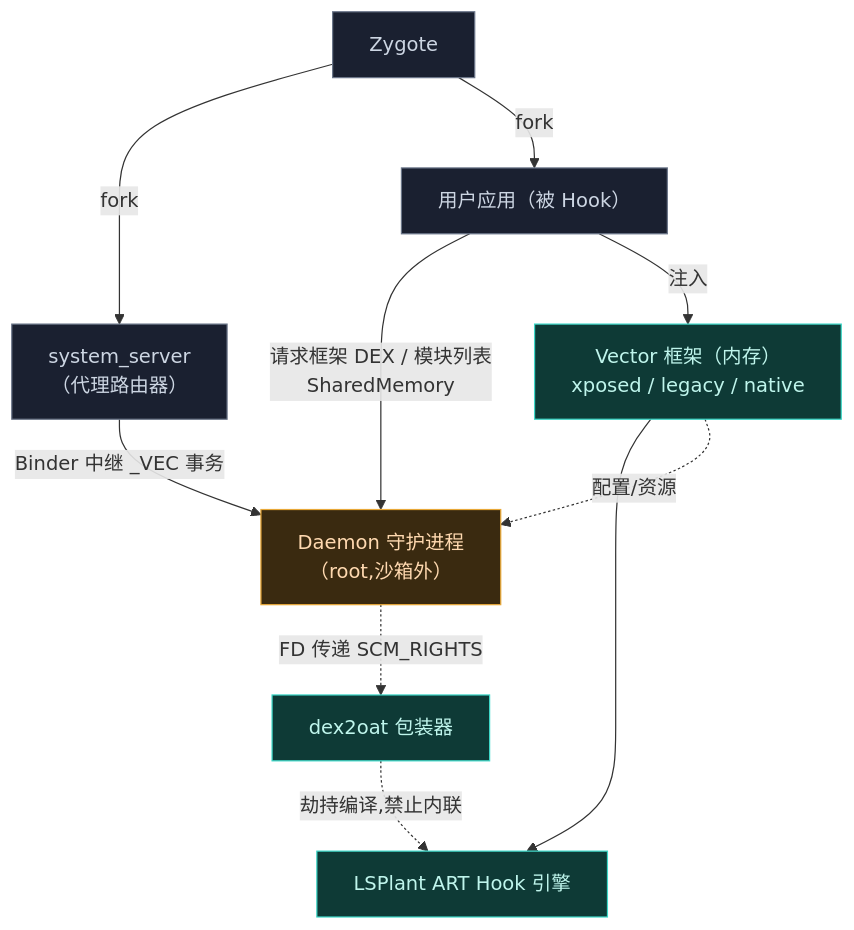
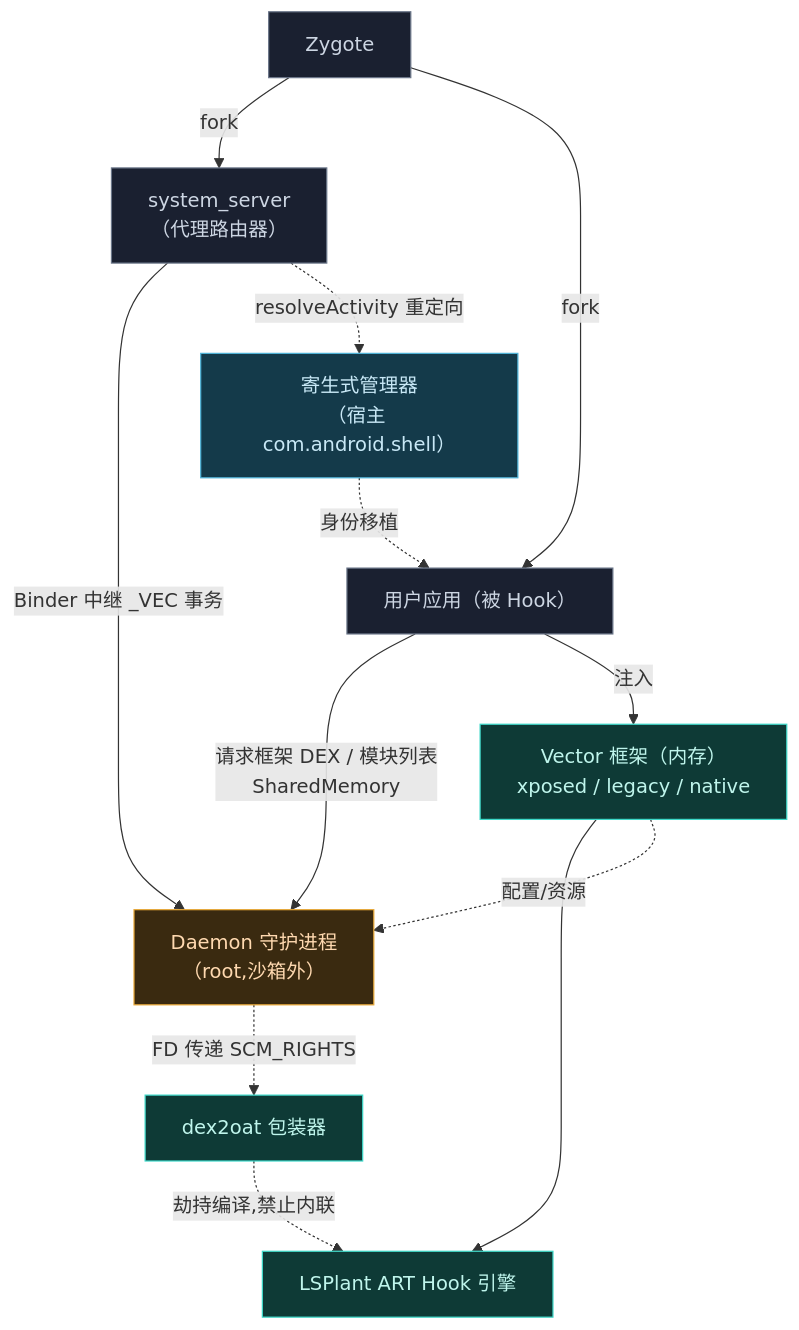
One commit to android-security-engineer/Vector-skills changed the first of 3 diagrams in website/docs/architecture/overview.md. Above: the diagram before and after it, drawn with Mermaid. The commit also changed other lines of this file and 176 other files, not shown here.

````diff
--- a/website/docs/architecture/overview.md
+++ b/website/docs/architecture/overview.md
@@ -7,24 +28,28 @@
 ```mermaid
 graph TD
     ZYG["Zygote"]:::proc
     SS["system_server<br/>（代理路由器）"]:::proc
     APP["用户应用（被 Hook）"]:::proc
     DAEMON["Daemon 守护进程<br/>（root,沙箱外）"]:::daemon
     FW["Vector 框架（内存）<br/>xposed / legacy / native"]:::core
     LSPLANT["LSPlant ART Hook 引擎"]:::core
     DEX2OAT["dex2oat 包装器"]:::core
+    MGR["寄生式管理器<br/>（宿主 com.android.shell）"]:::mgr
 
     ZYG -->|fork| SS
     ZYG -->|fork| APP
     SS -->|Binder 中继 _VEC 事务| DAEMON
     APP -->|请求框架 DEX / 模块列表<br/>SharedMemory| DAEMON
     DAEMON -.FD 传递 SCM_RIGHTS.-> DEX2OAT
     APP -->|注入| FW
     FW --> LSPLANT
     FW -.配置/资源.-> DAEMON
     DEX2OAT -.劫持编译,禁止内联.-> LSPLANT
+    SS -.resolveActivity 重定向.-> MGR
+    MGR -.身份移植.-> APP
 
     classDef proc fill:#1a2030,stroke:#6b7689,color:#cdd6e3
     classDef daemon fill:#3a2a10,stroke:#e8a838,color:#ffd9b0
     classDef core fill:#0e3a36,stroke:#3dd8c8,color:#bff5ec
+    classDef mgr fill:#143a4a,stroke:#4fb3d8,color:#c8e8f6
 ```
````
